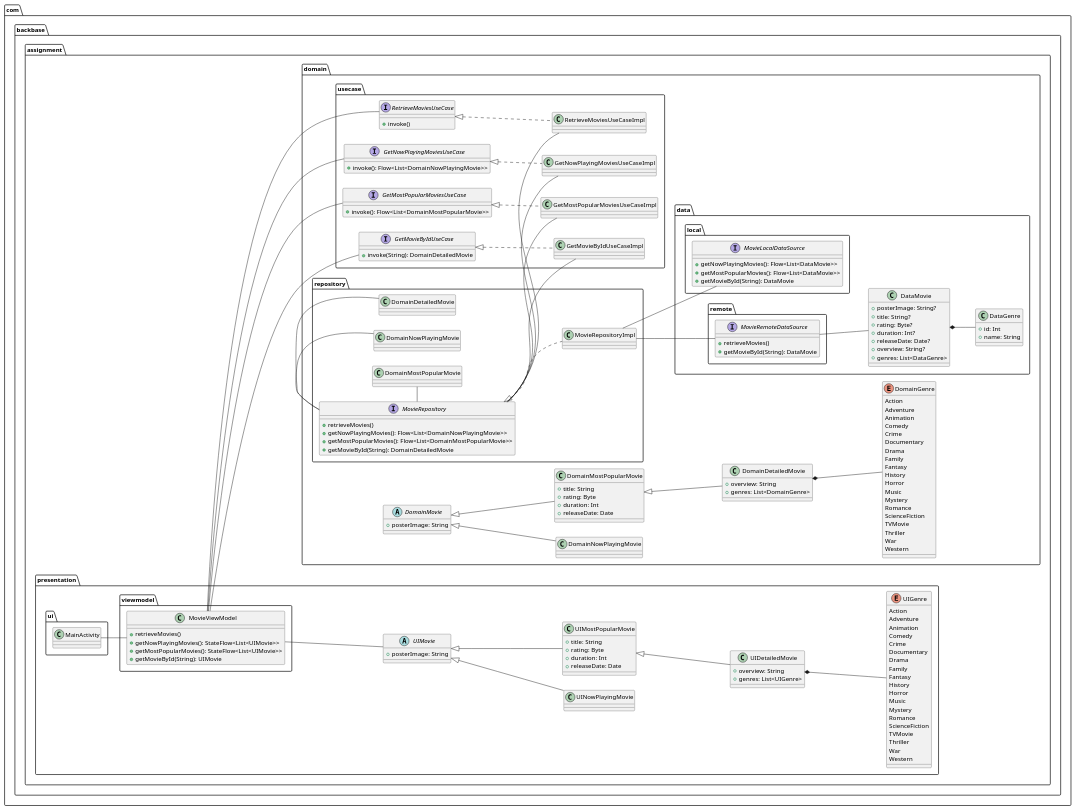
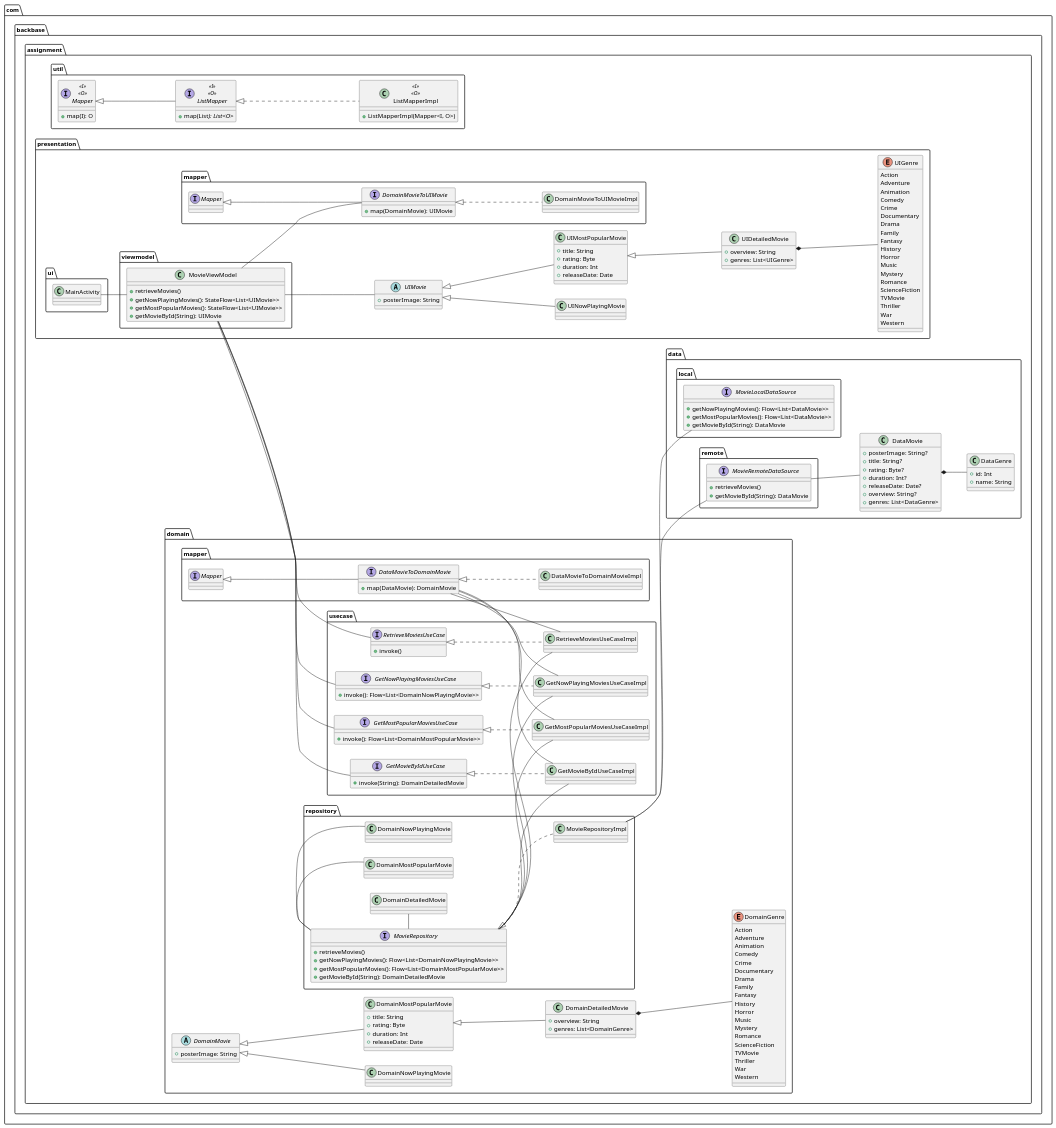
One commit to jesus-medina/MovieApp changed the diagram in android/app/src/main/java/com/backbase/assignment/_app_architecture.puml. Above: the diagram before and after it, drawn with PlantUML. The commit also changed 2 other files, not shown here.

Commit message:
Mappers included in the first architecture approach

```diff
--- a/android/app/src/main/java/com/backbase/assignment/_app_architecture.puml
+++ b/android/app/src/main/java/com/backbase/assignment/_app_architecture.puml
@@ -4,215 +4,245 @@
 
 package com.backbase.assignment {
 
-package presentation {
+    package util {
+        interface Mapper <<I>>, <<O>> {
+            + map(I): O
+        }
 
-package ui {
+        interface ListMapper <<I>>, <<O>> implements Mapper {
+            + map(List<I>): List<O>
+        }
 
-class MainActivity
+        class ListMapperImpl <<I>>, <<O>> implements ListMapper {
+            + ListMapperImpl(Mapper<I, O>)
+        }
+    }
 
-}
+    package presentation.mapper {
+        interface DomainMovieToUIMovie implements Mapper {
+            + map(DomainMovie): UIMovie
+        }
 
-package viewmodel {
+        class DomainMovieToUIMovieImpl implements DomainMovieToUIMovie
+    }
 
-class MovieViewModel {
-+ retrieveMovies()
-+ getNowPlayingMovies(): StateFlow<List<UIMovie>>
-+ getMostPopularMovies(): StateFlow<List<UIMovie>>
-+ getMovieById(String): UIMovie
-}
+    package presentation {
 
-}
+        package ui {
 
-abstract class UIMovie {
-+ posterImage: String
-}
+            class MainActivity
+        }
 
-class UINowPlayingMovie extends UIMovie
+        package viewmodel {
 
-class UIMostPopularMovie extends UIMovie {
-+ title: String
-+ rating: Byte
-+ duration: Int
-+ releaseDate: Date
-}
+            class MovieViewModel {
+                + retrieveMovies()
+                + getNowPlayingMovies(): StateFlow<List<UIMovie>>
+                + getMostPopularMovies(): StateFlow<List<UIMovie>>
+                + getMovieById(String): UIMovie
+            }
 
-class UIDetailedMovie extends UIMostPopularMovie {
-+ overview: String
-+ genres: List<UIGenre>
-}
+            MovieViewModel -- DomainMovieToUIMovie
+        }
 
-enum UIGenre {
-Action
-Adventure
-Animation
-Comedy
-Crime
-Documentary
-Drama
-Family
-Fantasy
-History
-Horror
-Music
-Mystery
-Romance
-ScienceFiction
-TVMovie
-Thriller
-War
-Western
-}
+        abstract class UIMovie {
+            + posterImage: String
+        }
 
-UIDetailedMovie *-- UIGenre
+        class UINowPlayingMovie extends UIMovie
 
-MainActivity -- MovieViewModel
-MovieViewModel -- UIMovie
+        class UIMostPopularMovie extends UIMovie {
+            + title: String
+            + rating: Byte
+            + duration: Int
+            + releaseDate: Date
+        }
 
-}
+        class UIDetailedMovie extends UIMostPopularMovie {
+            + overview: String
+            + genres: List<UIGenre>
+        }
 
-package domain {
+        enum UIGenre {
+            Action
+            Adventure
+            Animation
+            Comedy
+            Crime
+            Documentary
+            Drama
+            Family
+            Fantasy
+            History
+            Horror
+            Music
+            Mystery
+            Romance
+            ScienceFiction
+            TVMovie
+            Thriller
+            War
+            Western
+        }
 
-package usecase {
+        UIDetailedMovie *-- UIGenre
 
-interface RetrieveMoviesUseCase {
-+ invoke()
-}
+        MainActivity -- MovieViewModel
+        MovieViewModel -- UIMovie
+    }
 
-class RetrieveMoviesUseCaseImpl implements RetrieveMoviesUseCase
+    package domain.mapper {
+        interface DataMovieToDomainMovie implements Mapper {
+            + map(DataMovie): DomainMovie
+        }
 
-interface GetNowPlayingMoviesUseCase {
-+ invoke(): Flow<List<DomainNowPlayingMovie>>
-}
+        class DataMovieToDomainMovieImpl implements DataMovieToDomainMovie
+    }
 
-class GetNowPlayingMoviesUseCaseImpl implements GetNowPlayingMoviesUseCase
+    package domain {
 
-interface GetMostPopularMoviesUseCase {
-+ invoke(): Flow<List<DomainMostPopularMovie>>
-}
+        package usecase {
 
-class GetMostPopularMoviesUseCaseImpl implements GetMostPopularMoviesUseCase
+            interface RetrieveMoviesUseCase {
+                + invoke()
+            }
 
-interface GetMovieByIdUseCase {
-+ invoke(String): DomainDetailedMovie
-}
+            class RetrieveMoviesUseCaseImpl implements RetrieveMoviesUseCase
 
-class GetMovieByIdUseCaseImpl implements GetMovieByIdUseCase
+            interface GetNowPlayingMoviesUseCase {
+                + invoke(): Flow<List<DomainNowPlayingMovie>>
+            }
 
-MovieViewModel -- RetrieveMoviesUseCase
-MovieViewModel -- GetNowPlayingMoviesUseCase
-MovieViewModel -- GetMostPopularMoviesUseCase
-MovieViewModel -- GetMovieByIdUseCase
+            class GetNowPlayingMoviesUseCaseImpl implements GetNowPlayingMoviesUseCase
 
-}
+            interface GetMostPopularMoviesUseCase {
+                + invoke(): Flow<List<DomainMostPopularMovie>>
+            }
 
-package repository {
+            class GetMostPopularMoviesUseCaseImpl implements GetMostPopularMoviesUseCase
 
-interface MovieRepository {
-+ retrieveMovies()
-+ getNowPlayingMovies(): Flow<List<DomainNowPlayingMovie>>
-+ getMostPopularMovies(): Flow<List<DomainMostPopularMovie>>
-+ getMovieById(String): DomainDetailedMovie
-}
+            interface GetMovieByIdUseCase {
+                + invoke(String): DomainDetailedMovie
+            }
 
-class MovieRepositoryImpl implements MovieRepository
+            class GetMovieByIdUseCaseImpl implements GetMovieByIdUseCase
 
-MovieRepository -- RetrieveMoviesUseCaseImpl
-MovieRepository -- GetNowPlayingMoviesUseCaseImpl
-MovieRepository -- GetMostPopularMoviesUseCaseImpl
-MovieRepository -- GetMovieByIdUseCaseImpl
+            MovieViewModel -- RetrieveMoviesUseCase
+            MovieViewModel -- GetNowPlayingMoviesUseCase
+            MovieViewModel -- GetMostPopularMoviesUseCase
+            MovieViewModel -- GetMovieByIdUseCase
 
-MovieRepository -R- DomainNowPlayingMovie
-MovieRepository -R- DomainMostPopularMovie
-MovieRepository -R- DomainDetailedMovie
+            DataMovieToDomainMovie -- RetrieveMoviesUseCaseImpl
+            DataMovieToDomainMovie -- GetNowPlayingMoviesUseCaseImpl
+            DataMovieToDomainMovie -- GetMostPopularMoviesUseCaseImpl
+            DataMovieToDomainMovie -- GetMovieByIdUseCaseImpl
+        }
 
-}
+        package repository {
 
-abstract class DomainMovie {
-+ posterImage: String
-}
+            interface MovieRepository {
+                + retrieveMovies()
+                + getNowPlayingMovies(): Flow<List<DomainNowPlayingMovie>>
+                + getMostPopularMovies(): Flow<List<DomainMostPopularMovie>>
+                + getMovieById(String): DomainDetailedMovie
+            }
 
-class DomainNowPlayingMovie extends DomainMovie
+            class MovieRepositoryImpl implements MovieRepository
 
-class DomainMostPopularMovie extends DomainMovie {
-+ title: String
-+ rating: Byte
-+ duration: Int
-+ releaseDate: Date
-}
+            MovieRepository -- RetrieveMoviesUseCaseImpl
+            MovieRepository -- GetNowPlayingMoviesUseCaseImpl
+            MovieRepository -- GetMostPopularMoviesUseCaseImpl
+            MovieRepository -- GetMovieByIdUseCaseImpl
 
-class DomainDetailedMovie extends DomainMostPopularMovie {
-+ overview: String
-+ genres: List<DomainGenre>
-}
+            MovieRepository -R- DomainNowPlayingMovie
+            MovieRepository -R- DomainMostPopularMovie
+            MovieRepository -R- DomainDetailedMovie
+        }
 
-enum DomainGenre {
-Action
-Adventure
-Animation
-Comedy
-Crime
-Documentary
-Drama
-Family
-Fantasy
-History
-Horror
-Music
-Mystery
-Romance
-ScienceFiction
-TVMovie
-Thriller
-War
-Western
-}
+        abstract class DomainMovie {
+            + posterImage: String
+        }
 
-DomainDetailedMovie *-- DomainGenre
+        class DomainNowPlayingMovie extends DomainMovie
 
-package data {
+        class DomainMostPopularMovie extends DomainMovie {
+            + title: String
+            + rating: Byte
+            + duration: Int
+            + releaseDate: Date
+        }
 
-package local {
+        class DomainDetailedMovie extends DomainMostPopularMovie {
+            + overview: String
+            + genres: List<DomainGenre>
+        }
 
-interface MovieLocalDataSource {
-+ getNowPlayingMovies(): Flow<List<DataMovie>>
-+ getMostPopularMovies(): Flow<List<DataMovie>>
-+ getMovieById(String): DataMovie
-}
+        enum DomainGenre {
+            Action
+            Adventure
+            Animation
+            Comedy
+            Crime
+            Documentary
+            Drama
+            Family
+            Fantasy
+            History
+            Horror
+            Music
+            Mystery
+            Romance
+            ScienceFiction
+            TVMovie
+            Thriller
+            War
+            Western
+        }
 
-}
+        DomainDetailedMovie *-- DomainGenre
+    }
 
-package remote {
+    package data {
 
-interface MovieRemoteDataSource {
-+ retrieveMovies()
-+ getMovieById(String): DataMovie
-}
+        package local {
 
-}
+            interface MovieLocalDataSource {
+                + getNowPlayingMovies(): Flow<List<DataMovie>>
+                + getMostPopularMovies(): Flow<List<DataMovie>>
+                + getMovieById(String): DataMovie
+            }
+        }
 
-MovieRepositoryImpl -- MovieLocalDataSource
-MovieRepositoryImpl -- MovieRemoteDataSource
+        package remote {
 
-class DataMovie {
-+ posterImage: String?
-+ title: String?
-+ rating: Byte?
-+ duration: Int?
-+ releaseDate: Date?
-+ overview: String?
-+ genres: List<DataGenre>
-}
+            interface MovieRemoteDataSource {
+                + retrieveMovies()
+                + getMovieById(String): DataMovie
+            }
+        }
 
-class DataGenre {
-+ id: Int
-+ name: String
-}
+        MovieRepositoryImpl -- MovieLocalDataSource
+        MovieRepositoryImpl -- MovieRemoteDataSource
 
-DataMovie *-- DataGenre
-MovieRemoteDataSource -- DataMovie
+        class DataMovie {
+            + posterImage: String?
+            + title: String?
+            + rating: Byte?
+            + duration: Int?
+            + releaseDate: Date?
+            + overview: String?
+            + genres: List<DataGenre>
+        }
 
-}
+        class DataGenre {
+            + id: Int
+            + name: String
+        }
 
+        DataMovie *-- DataGenre
+        MovieRemoteDataSource -- DataMovie
+
+    }
 }
 
 
```
